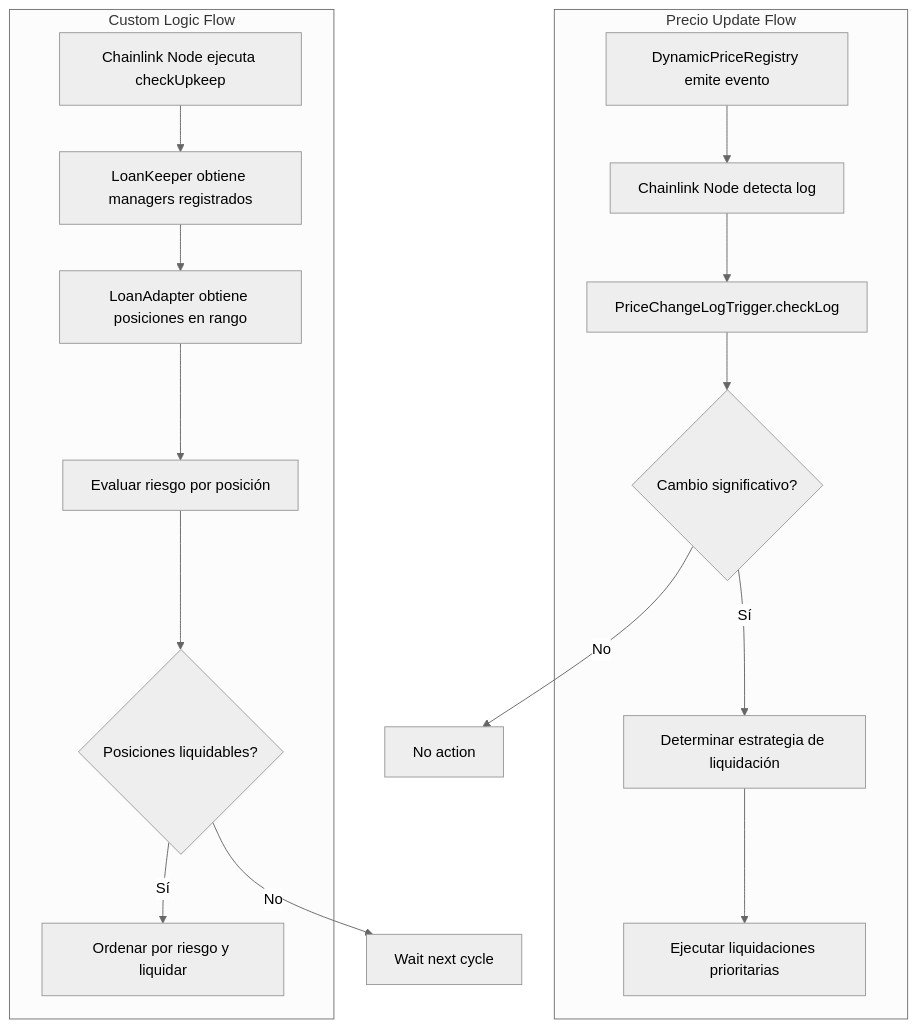
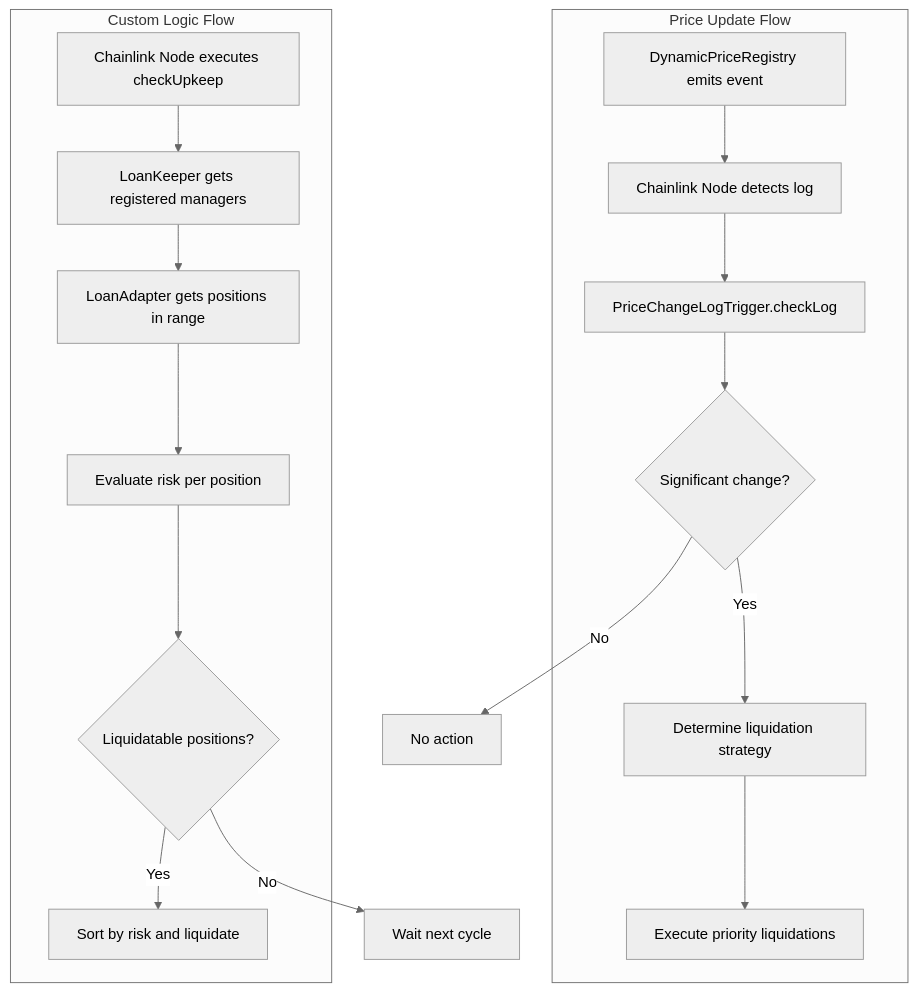
One commit to rofergon/Vcop-Collateral-system-hook-main changed the diagram in src/automation/README.md. Above: the diagram before and after it, drawn with Mermaid (neutral theme). The commit also changed other lines of this file, not shown here.

````diff
--- a/src/automation/README.md
+++ b/src/automation/README.md
@@ -126,28 +126,28 @@
 ```mermaid
 flowchart TB
-    subgraph "Precio Update Flow"
-        A[DynamicPriceRegistry emite evento] 
-        B[Chainlink Node detecta log]
+    subgraph "Price Update Flow"
+        A[DynamicPriceRegistry emits event] 
+        B[Chainlink Node detects log]
         C[PriceChangeLogTrigger.checkLog]
-        D{Cambio significativo?}
-        E[Determinar estrategia de liquidación]
-        F[Ejecutar liquidaciones prioritarias]
+        D{Significant change?}
+        E[Determine liquidation strategy]
+        F[Execute priority liquidations]
     end
     
     subgraph "Custom Logic Flow"  
-        G[Chainlink Node ejecuta checkUpkeep]
-        H[LoanKeeper obtiene managers registrados]
-        I[LoanAdapter obtiene posiciones en rango]
-        J[Evaluar riesgo por posición]
-        K{Posiciones liquidables?}
-        L[Ordenar por riesgo y liquidar]
+        G[Chainlink Node executes checkUpkeep]
+        H[LoanKeeper gets registered managers]
+        I[LoanAdapter gets positions in range]
+        J[Evaluate risk per position]
+        K{Liquidatable positions?}
+        L[Sort by risk and liquidate]
     end
     
     A --> B --> C --> D
-    D -->|Sí| E --> F
+    D -->|Yes| E --> F
     D -->|No| M[No action]
     
     G --> H --> I --> J --> K
-    K -->|Sí| L
+    K -->|Yes| L
     K -->|No| N[Wait next cycle]
 ```
````
